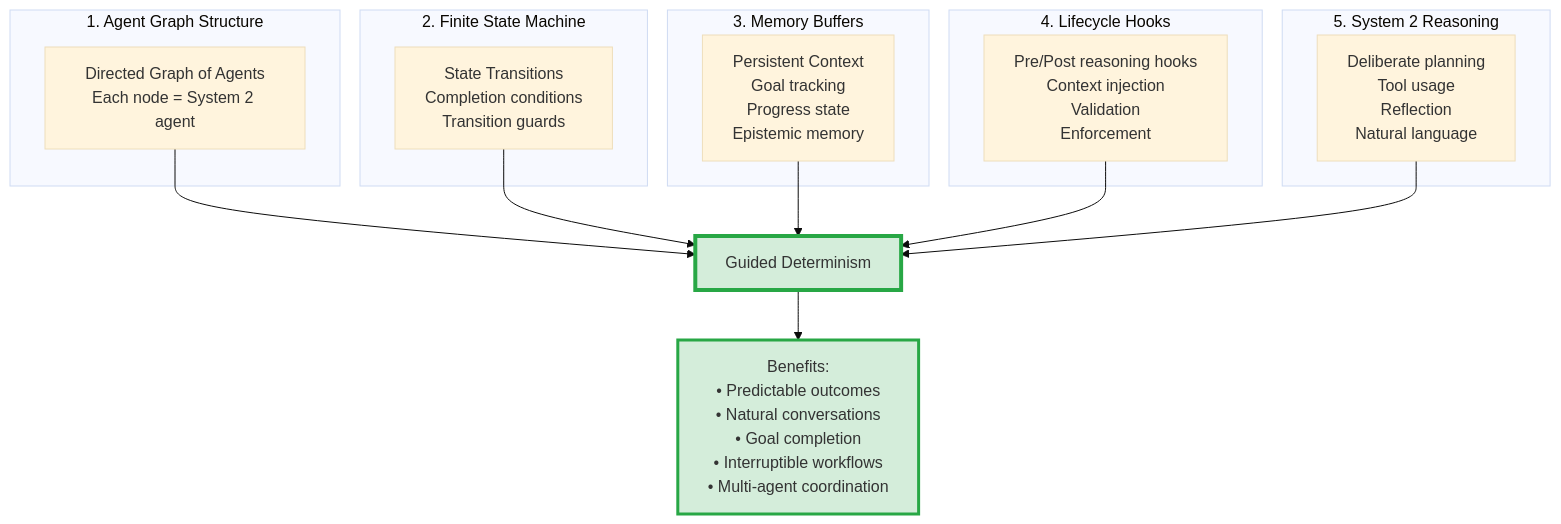
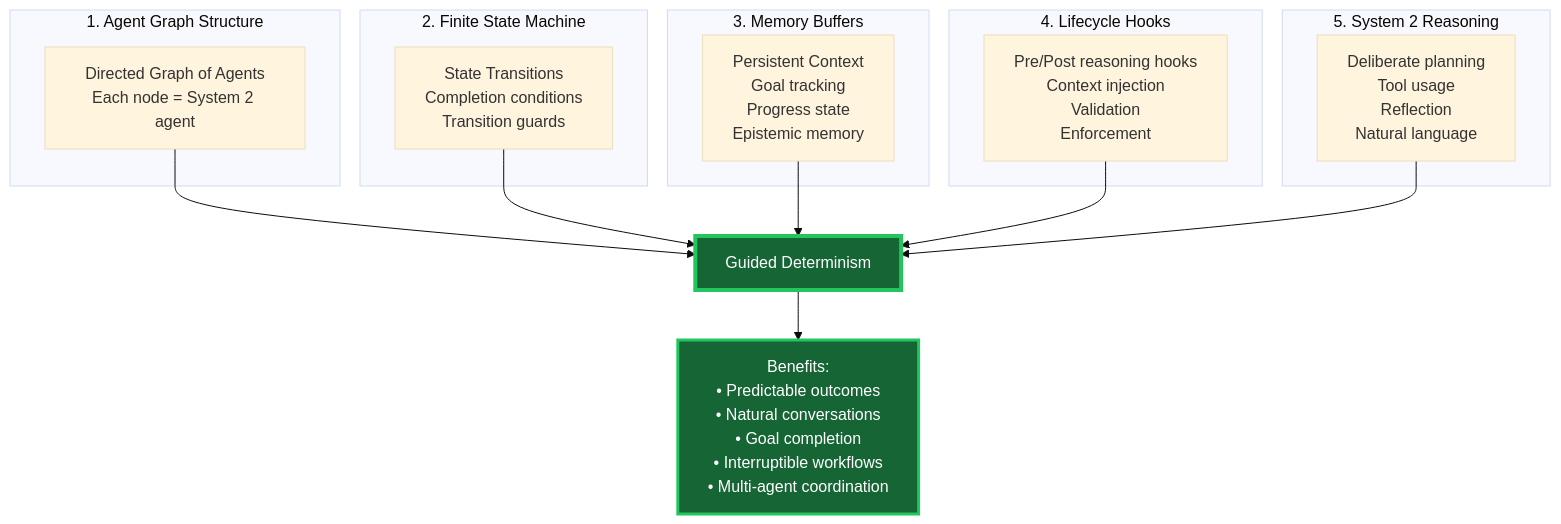
Before and after one commit to arupsarkar-sfdc/Misc: the fifth of 16 diagrams in agentforce/agent-graph/README_Agentforce_Graph_Architecture_Flow.md, drawn with Mermaid (base theme). The commit also changed other lines of this file and 4 other files, not shown here.

Commit message:
feat: addred segmentation logic and updated process diagrams and sequence diagram with dark mode colors and sequence steps

````diff
--- a/agentforce/agent-graph/README_Agentforce_Graph_Architecture_Flow.md
+++ b/agentforce/agent-graph/README_Agentforce_Graph_Architecture_Flow.md
@@ -285,33 +285,33 @@
 ```mermaid
 graph TB
     subgraph "1. Agent Graph Structure"
         AG[Directed Graph of Agents<br/>Each node = System 2 agent]
     end
     
     subgraph "2. Finite State Machine"
         FSM[State Transitions<br/>Completion conditions<br/>Transition guards]
     end
     
     subgraph "3. Memory Buffers"
         Mem[Persistent Context<br/>Goal tracking<br/>Progress state<br/>Epistemic memory]
     end
     
     subgraph "4. Lifecycle Hooks"
         Hooks[Pre/Post reasoning hooks<br/>Context injection<br/>Validation<br/>Enforcement]
     end
     
     subgraph "5. System 2 Reasoning"
         S2[Deliberate planning<br/>Tool usage<br/>Reflection<br/>Natural language]
     end
     
     AG --> Integration[Guided Determinism]
     FSM --> Integration
     Mem --> Integration
     Hooks --> Integration
     S2 --> Integration
     
     Integration --> Benefits[Benefits:<br/>• Predictable outcomes<br/>• Natural conversations<br/>• Goal completion<br/>• Interruptible workflows<br/>• Multi-agent coordination]
     
-    style Integration fill:#d4edda,stroke:#28a745,stroke-width:4px
-    style Benefits fill:#d4edda,stroke:#28a745,stroke-width:3px
+    style Integration fill:#166534,stroke:#22c55e,stroke-width:4px,color:#ffffff
+    style Benefits fill:#166534,stroke:#22c55e,stroke-width:3px,color:#ffffff
 ```
````
